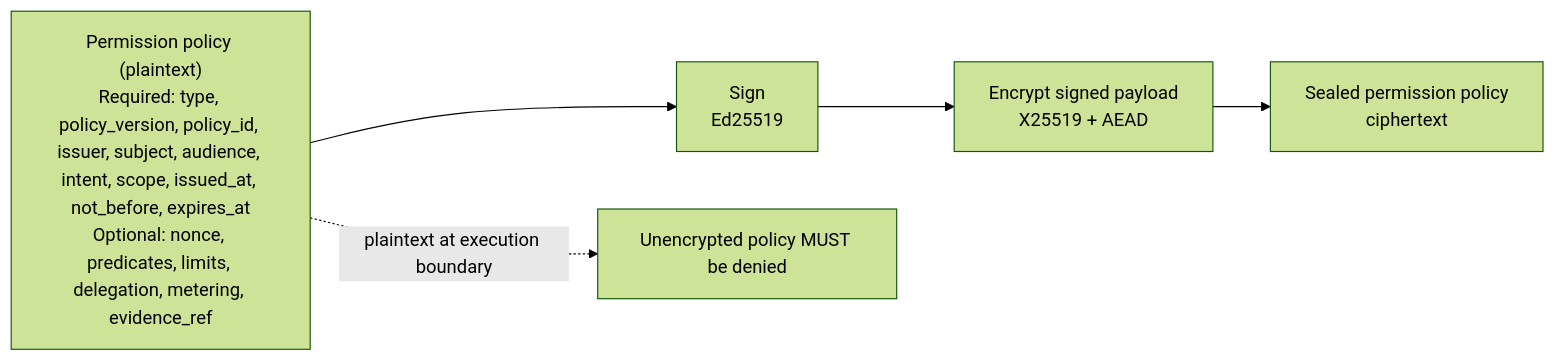
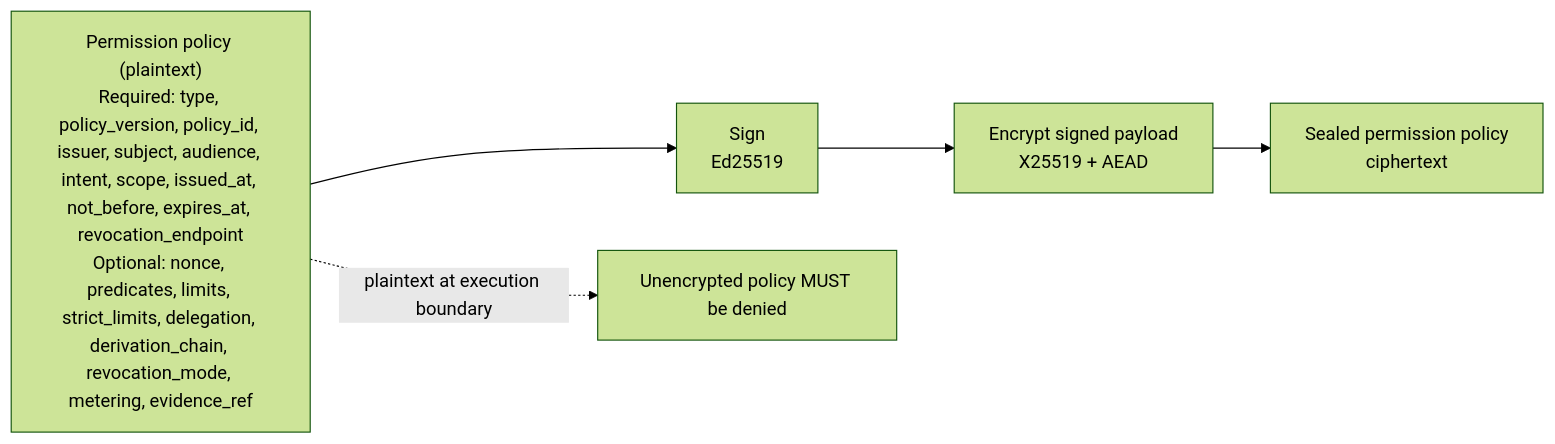
One commit to Crittora/agent-permission-protocol changed the fourth of 7 diagrams in docs/whitepaper.md. Above: the diagram before and after it, drawn with Mermaid (forest theme). The commit also changed other lines of this file and 9 other files, not shown here.

First line of the commit message:
Release APP v0.3.0: revocation, derivation chain, and typed limits

````diff
--- a/docs/whitepaper.md
+++ b/docs/whitepaper.md
@@ -332,11 +358,11 @@
 ```mermaid
 flowchart LR
-  policy["Permission policy (plaintext)<br/>Required: type, policy_version, policy_id, issuer, subject, audience, intent, scope, issued_at, not_before, expires_at<br/>Optional: nonce, predicates, limits, delegation, metering, evidence_ref"]
+  policy["Permission policy (plaintext)<br/>Required: type, policy_version, policy_id, issuer, subject, audience, intent, scope, issued_at, not_before, expires_at, revocation_endpoint<br/>Optional: nonce, predicates, limits, strict_limits, delegation, derivation_chain, revocation_mode, metering, evidence_ref"]
   sign["Sign<br/>Ed25519"]
   encrypt["Encrypt signed payload<br/>X25519 + AEAD"]
   sealed["Sealed permission policy<br/>ciphertext"]
   deny["Unencrypted policy MUST be denied"]
 
   policy --> sign --> encrypt --> sealed
   policy -. plaintext at execution boundary .-> deny
 ```
````
